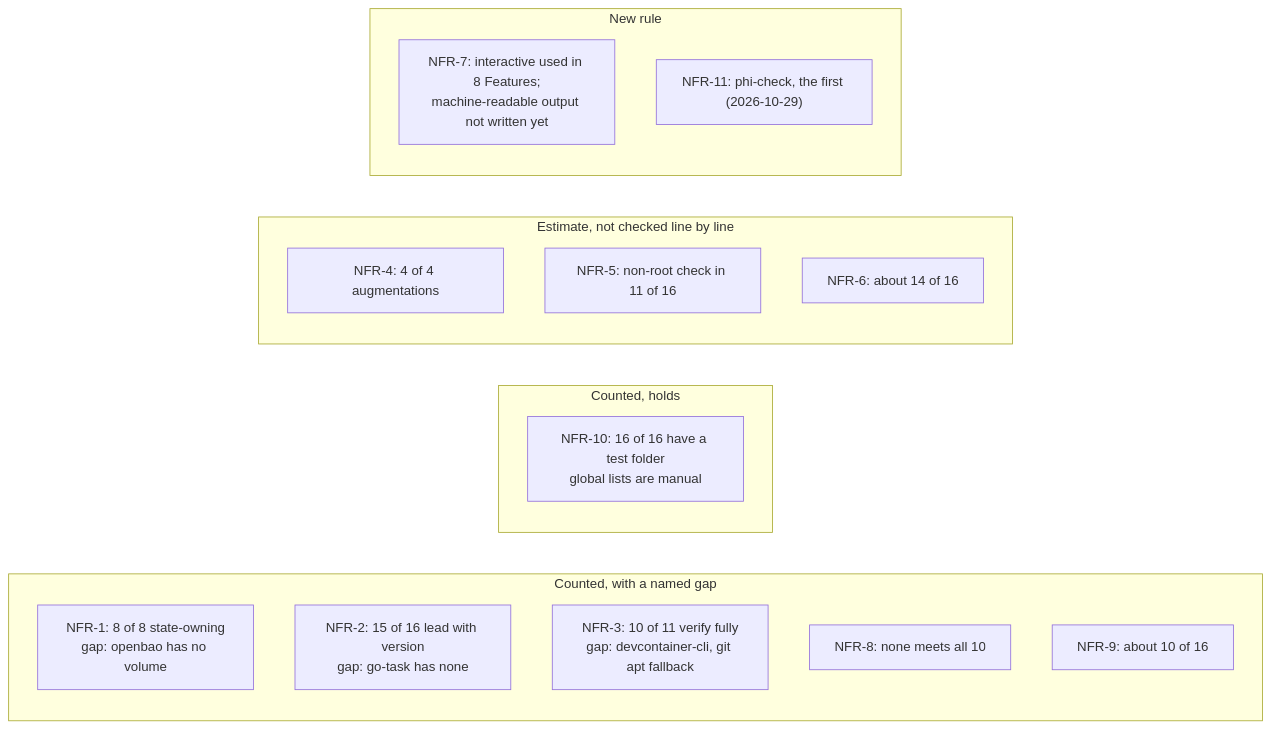
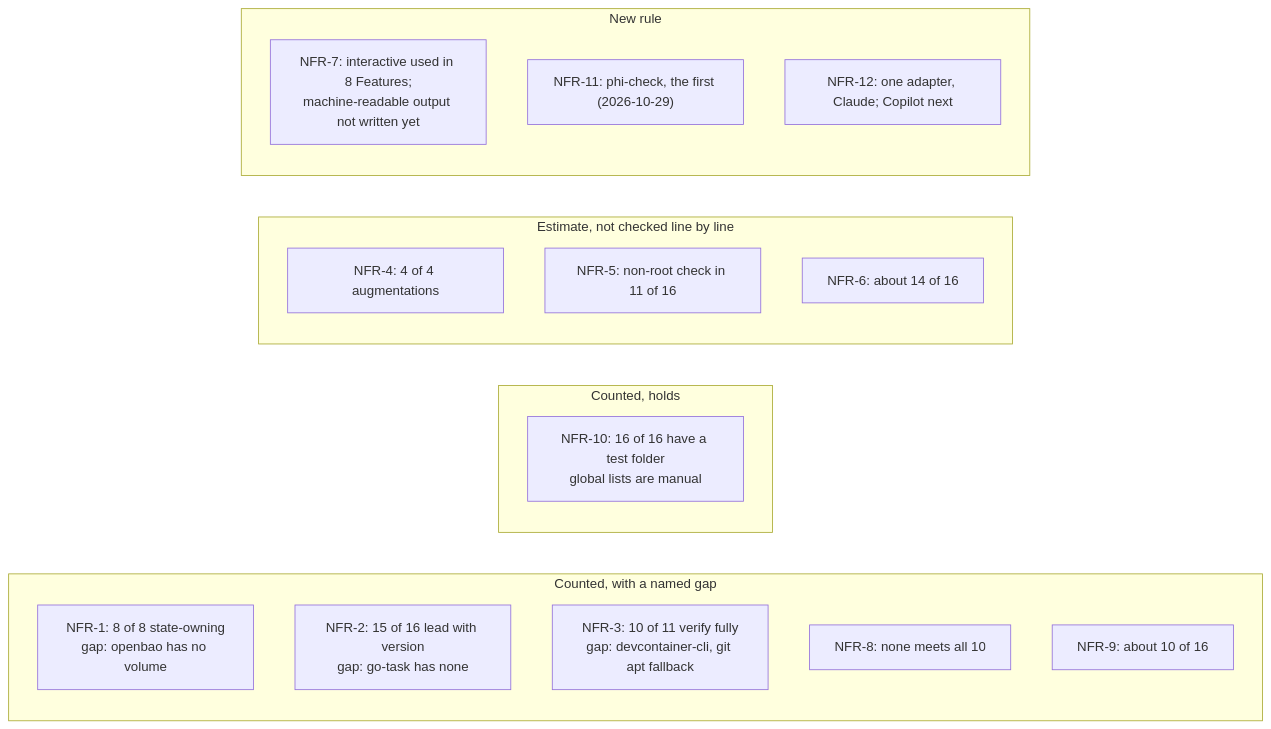
One commit to nabil-becker/devcontainer-features changed the third of 3 diagrams in docs/principles/non-functional-requirements.md. Above: the diagram before and after it, drawn with Mermaid. The commit also changed other lines of this file and 1 other file, not shown here.

First line of the commit message:
docs(proposals): agents v2 against Copilot, Codex, Gemini and OpenCode CLIs (#106)

````diff
--- a/docs/principles/non-functional-requirements.md
+++ b/docs/principles/non-functional-requirements.md
@@ -167,22 +177,23 @@
 ```mermaid
 flowchart LR
   subgraph gap["Counted, with a named gap"]
     t1["NFR-1: 8 of 8 state-owning<br/>gap: openbao has no volume"]
     t2["NFR-2: 15 of 16 lead with version<br/>gap: go-task has none"]
     t3["NFR-3: 10 of 11 verify fully<br/>gap: devcontainer-cli, git apt fallback"]
     t8["NFR-8: none meets all 10"]
     t9["NFR-9: about 10 of 16"]
   end
   subgraph holds["Counted, holds"]
     t10["NFR-10: 16 of 16 have a test folder<br/>global lists are manual"]
   end
   subgraph est["Estimate, not checked line by line"]
     t4["NFR-4: 4 of 4 augmentations"]
     t5["NFR-5: non-root check in 11 of 16"]
     t6["NFR-6: about 14 of 16"]
   end
   subgraph newrule["New rule"]
     t7["NFR-7: interactive used in 8 Features;<br/>machine-readable output not written yet"]
     t11["NFR-11: phi-check, the first (2026-10-29)"]
+    t12["NFR-12: one adapter, Claude; Copilot next"]
   end
 ```
````
